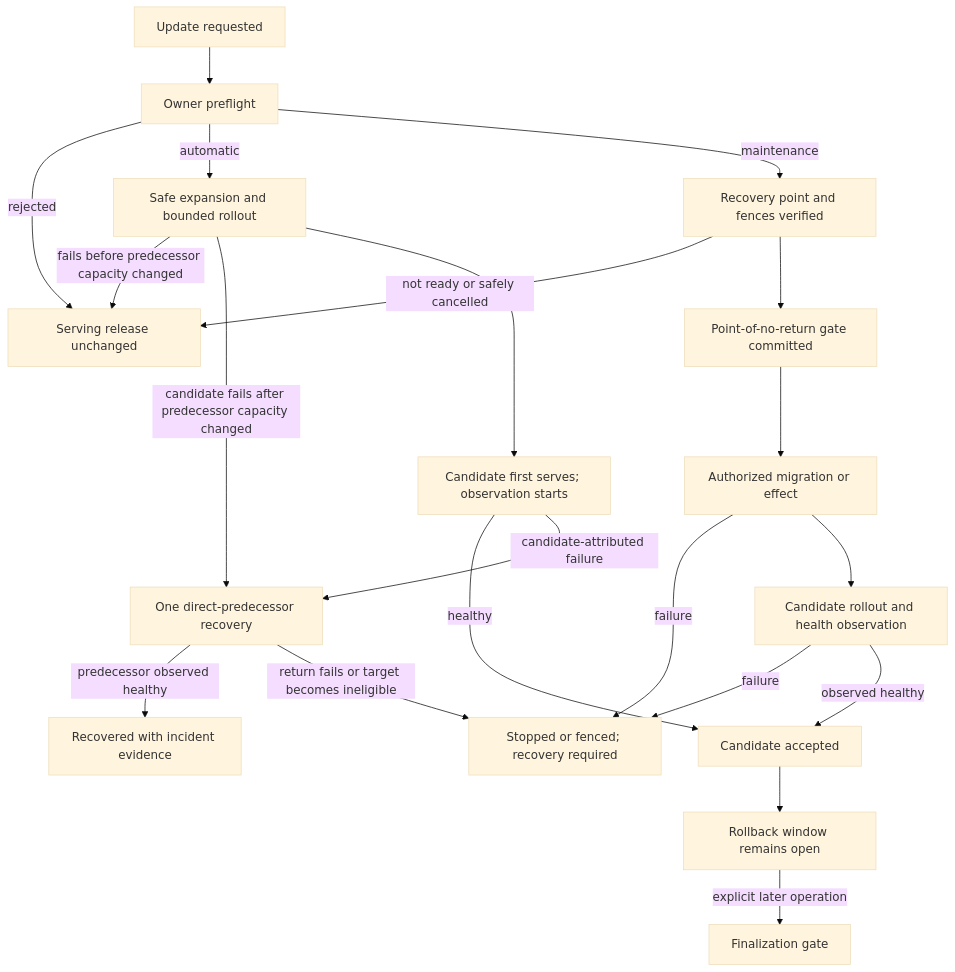
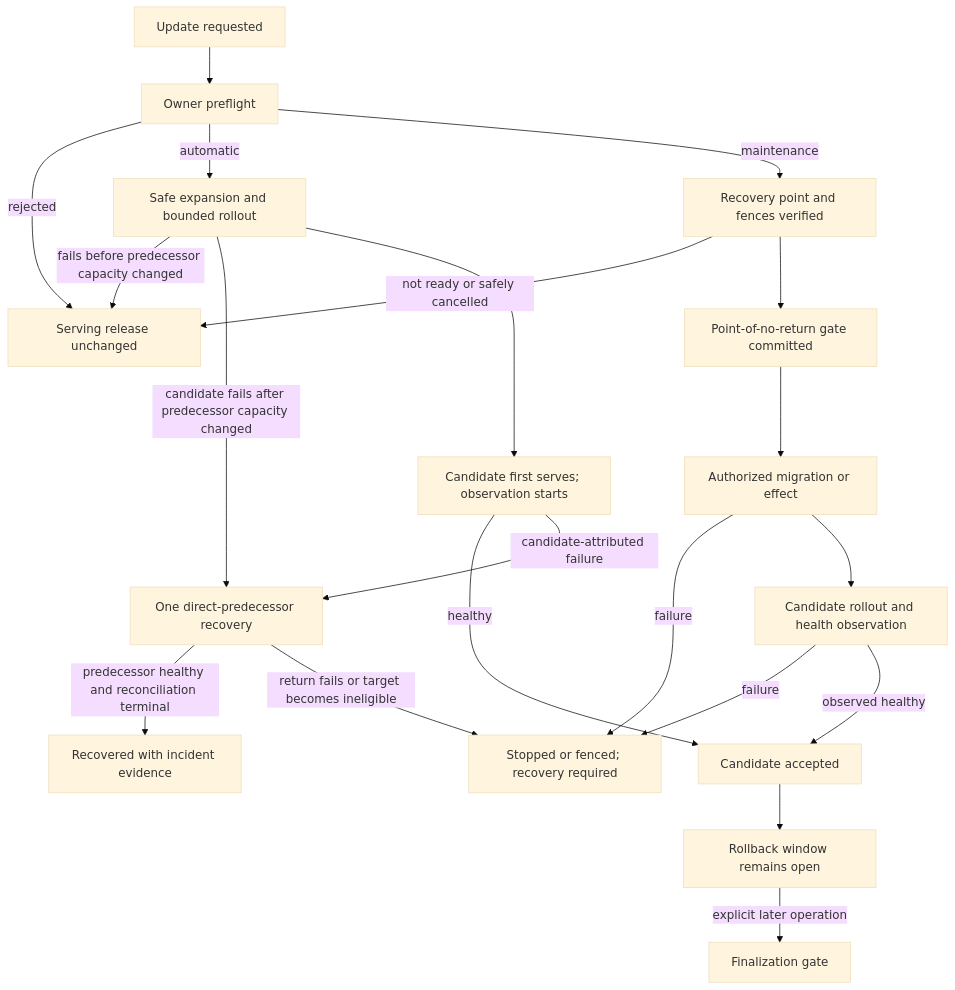
The diagram in docs/modules/module-release-rollback-plan.md (RusTokRs/RusTok), drawn with Mermaid (base theme) before and after one commit. The commit also changed other lines of this file and 14 other files, not shown here.

````diff
--- a/docs/modules/module-release-rollback-plan.md
+++ b/docs/modules/module-release-rollback-plan.md
@@ -229,23 +234,23 @@
 ```mermaid
 flowchart TD
     A["Update requested"] --> B["Owner preflight"]
     B -->|rejected| C["Serving release unchanged"]
     B -->|automatic| D["Safe expansion and bounded rollout"]
     D -->|fails before predecessor capacity changed| C
     D -->|candidate fails after predecessor capacity changed| G
     D --> E["Candidate first serves; observation starts"]
     E -->|healthy| F["Candidate accepted"]
     E -->|candidate-attributed failure| G["One direct-predecessor recovery"]
-    G -->|predecessor observed healthy| H["Recovered with incident evidence"]
+    G -->|predecessor healthy and reconciliation terminal| H["Recovered with incident evidence"]
     G -->|return fails or target becomes ineligible| I["Stopped or fenced; recovery required"]
     B -->|maintenance| J["Recovery point and fences verified"]
     J -->|not ready or safely cancelled| C
     J --> K["Point-of-no-return gate committed"]
     K --> N["Authorized migration or effect"]
     N -->|failure| I
     N --> O["Candidate rollout and health observation"]
     O -->|failure| I
     O -->|observed healthy| F
     F --> L["Rollback window remains open"]
     L -->|explicit later operation| M["Finalization gate"]
 ```
````
